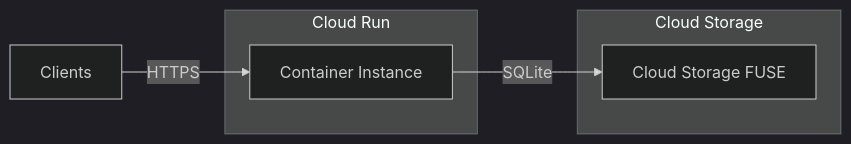
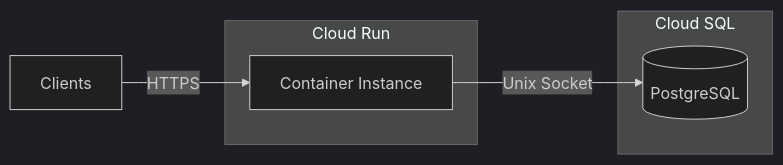
One commit to DreamLab-AI/fairfield changed the first of 3 diagrams in services/nostr-relay/docs/DEPLOYMENT.md. Above: the diagram before and after it, drawn with Mermaid (dark theme). The commit also changed other lines of this file and 39 other files, not shown here.

````diff
--- a/services/nostr-relay/docs/DEPLOYMENT.md
+++ b/services/nostr-relay/docs/DEPLOYMENT.md
@@ -98,13 +114,13 @@
 ```mermaid
 graph LR
     subgraph "Cloud Run"
         CR[Container Instance]
     end
 
-    subgraph "Cloud Storage"
-        GCS[Cloud Storage FUSE]
+    subgraph "Cloud SQL"
+        PG[(PostgreSQL)]
     end
 
     CLIENT[Clients] -->|HTTPS| CR
-    CR -->|SQLite| GCS
+    CR -->|Unix Socket| PG
 ```
````
